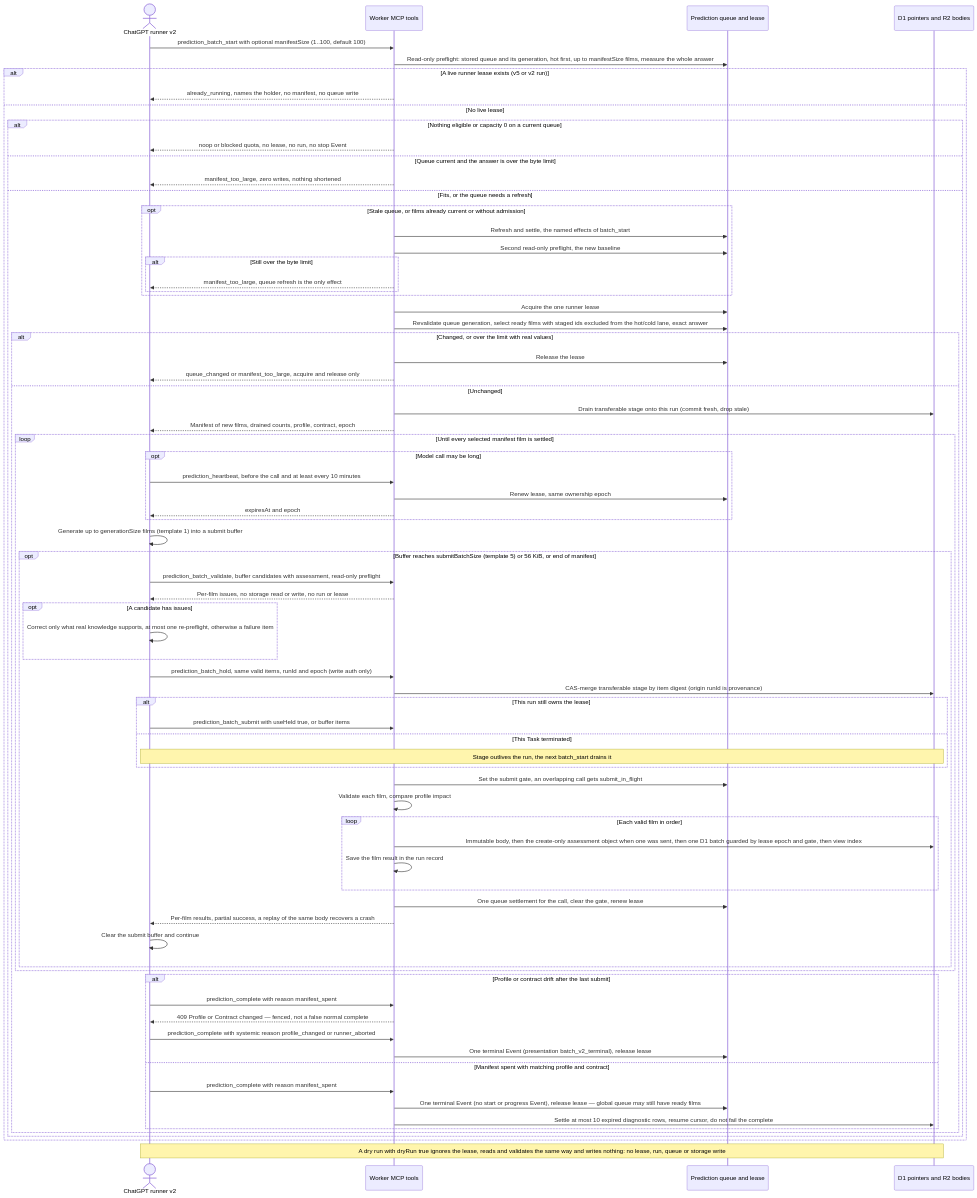
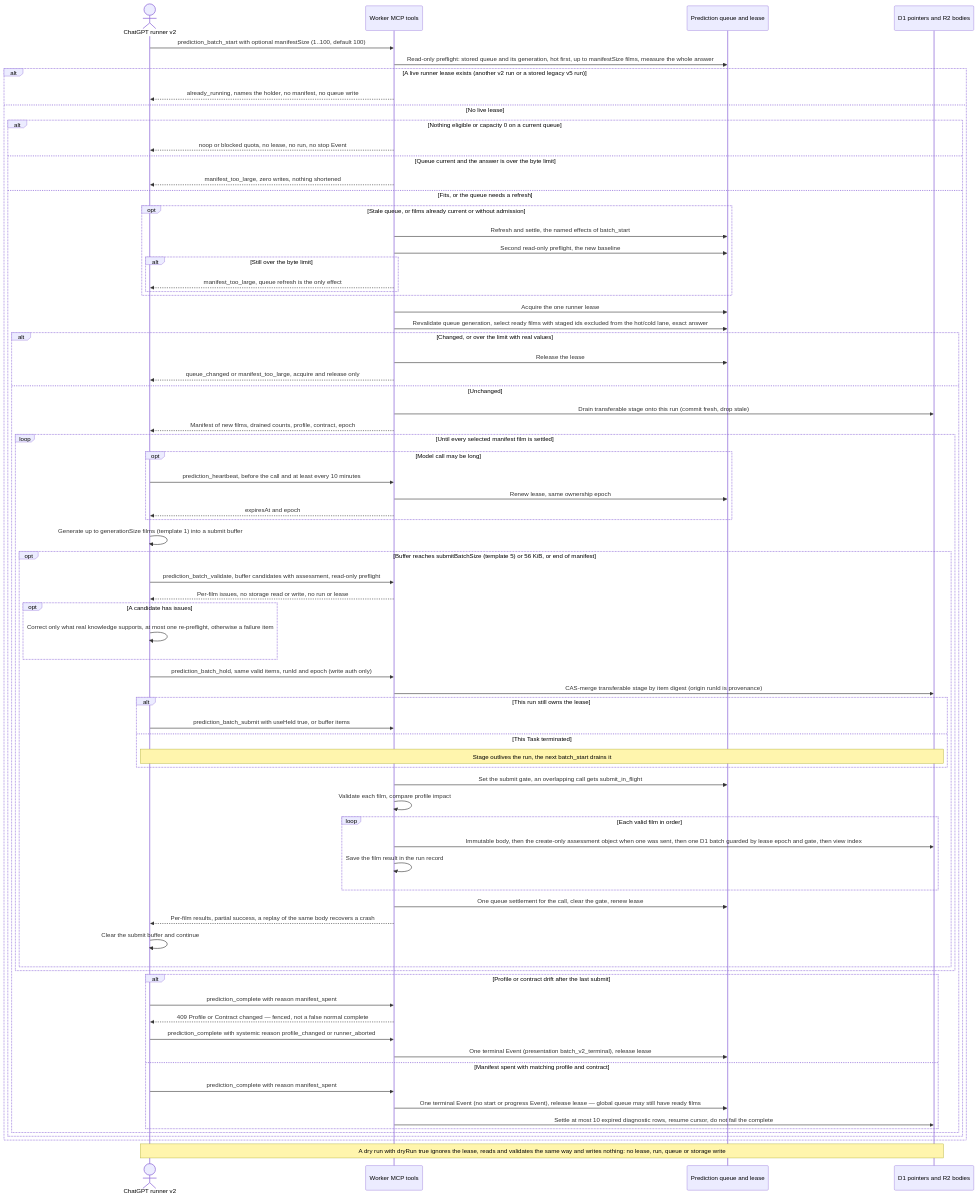
One commit to vladimino/iptv-watchlist changed the first of 2 diagrams in docs/architecture/prediction-pipeline.md. Above: the diagram before and after it, drawn with Mermaid. The commit also changed other lines of this file and 79 other files, not shown here.

````diff
--- a/docs/architecture/prediction-pipeline.md
+++ b/docs/architecture/prediction-pipeline.md
@@ -71,77 +19,77 @@
 ```mermaid
 sequenceDiagram
     actor Client as ChatGPT runner v2
     participant MCP as Worker MCP tools
     participant Queue as Prediction queue and lease
     participant Store as D1 pointers and R2 bodies
     Client->>MCP: prediction_batch_start with optional manifestSize (1..100, default 100)
     MCP->>Queue: Read-only preflight: stored queue and its generation, hot first, up to manifestSize films, measure the whole answer
-    alt A live runner lease exists (v5 or v2 run)
+    alt A live runner lease exists (another v2 run or a stored legacy v5 run)
         MCP-->>Client: already_running, names the holder, no manifest, no queue write
     else No live lease
         alt Nothing eligible or capacity 0 on a current queue
             MCP-->>Client: noop or blocked quota, no lease, no run, no stop Event
         else Queue current and the answer is over the byte limit
             MCP-->>Client: manifest_too_large, zero writes, nothing shortened
         else Fits, or the queue needs a refresh
             opt Stale queue, or films already current or without admission
                 MCP->>Queue: Refresh and settle, the named effects of batch_start
                 MCP->>Queue: Second read-only preflight, the new baseline
                 alt Still over the byte limit
                     MCP-->>Client: manifest_too_large, queue refresh is the only effect
                 end
             end
             MCP->>Queue: Acquire the one runner lease
             MCP->>Queue: Revalidate queue generation, select ready films with staged ids excluded from the hot/cold lane, exact answer
             alt Changed, or over the limit with real values
                 MCP->>Queue: Release the lease
                 MCP-->>Client: queue_changed or manifest_too_large, acquire and release only
             else Unchanged
                 MCP->>Store: Drain transferable stage onto this run (commit fresh, drop stale)
                 MCP-->>Client: Manifest of new films, drained counts, profile, contract, epoch
                 loop Until every selected manifest film is settled
                     opt Model call may be long
                         Client->>MCP: prediction_heartbeat, before the call and at least every 10 minutes
                         MCP->>Queue: Renew lease, same ownership epoch
                         MCP-->>Client: expiresAt and epoch
                     end
                     Client->>Client: Generate up to generationSize films (template 1) into a submit buffer
                     opt Buffer reaches submitBatchSize (template 5) or 56 KiB, or end of manifest
                         Client->>MCP: prediction_batch_validate, buffer candidates with assessment, read-only preflight
                         MCP-->>Client: Per-film issues, no storage read or write, no run or lease
                         opt A candidate has issues
                             Client->>Client: Correct only what real knowledge supports, at most one re-preflight, otherwise a failure item
                         end
                         Client->>MCP: prediction_batch_hold, same valid items, runId and epoch (write auth only)
                         MCP->>Store: CAS-merge transferable stage by item digest (origin runId is provenance)
                         alt This run still owns the lease
                             Client->>MCP: prediction_batch_submit with useHeld true, or buffer items
                         else This Task terminated
                             Note over Client,Store: Stage outlives the run, the next batch_start drains it
                         end
                         MCP->>Queue: Set the submit gate, an overlapping call gets submit_in_flight
                         MCP->>MCP: Validate each film, compare profile impact
                         loop Each valid film in order
                             MCP->>Store: Immutable body, then the create-only assessment object when one was sent, then one D1 batch guarded by lease epoch and gate, then view index
                             MCP->>MCP: Save the film result in the run record
                         end
                         MCP->>Queue: One queue settlement for the call, clear the gate, renew lease
                         MCP-->>Client: Per-film results, partial success, a replay of the same body recovers a crash
                         Client->>Client: Clear the submit buffer and continue
                     end
                 end
                 alt Profile or contract drift after the last submit
                     Client->>MCP: prediction_complete with reason manifest_spent
                     MCP-->>Client: 409 Profile or Contract changed — fenced, not a false normal complete
                     Client->>MCP: prediction_complete with systemic reason profile_changed or runner_aborted
                     MCP->>Queue: One terminal Event (presentation batch_v2_terminal), release lease
                 else Manifest spent with matching profile and contract
                     Client->>MCP: prediction_complete with reason manifest_spent
                     MCP->>Queue: One terminal Event (no start or progress Event), release lease — global queue may still have ready films
                     MCP->>Store: Settle at most 10 expired diagnostic rows, resume cursor, do not fail the complete
                 end
             end
         end
     end
     Note over Client,Store: A dry run with dryRun true ignores the lease, reads and validates the same way and writes nothing: no lease, run, queue or storage write
 ```
````
